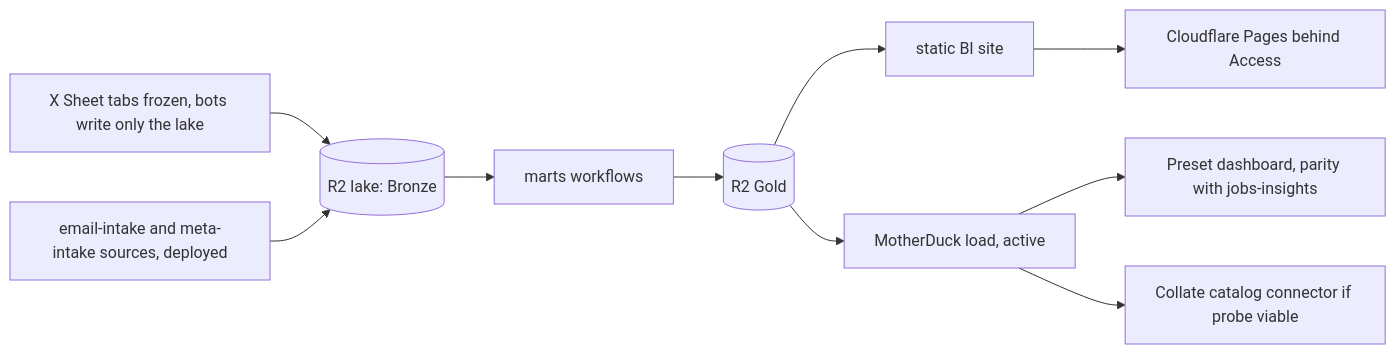
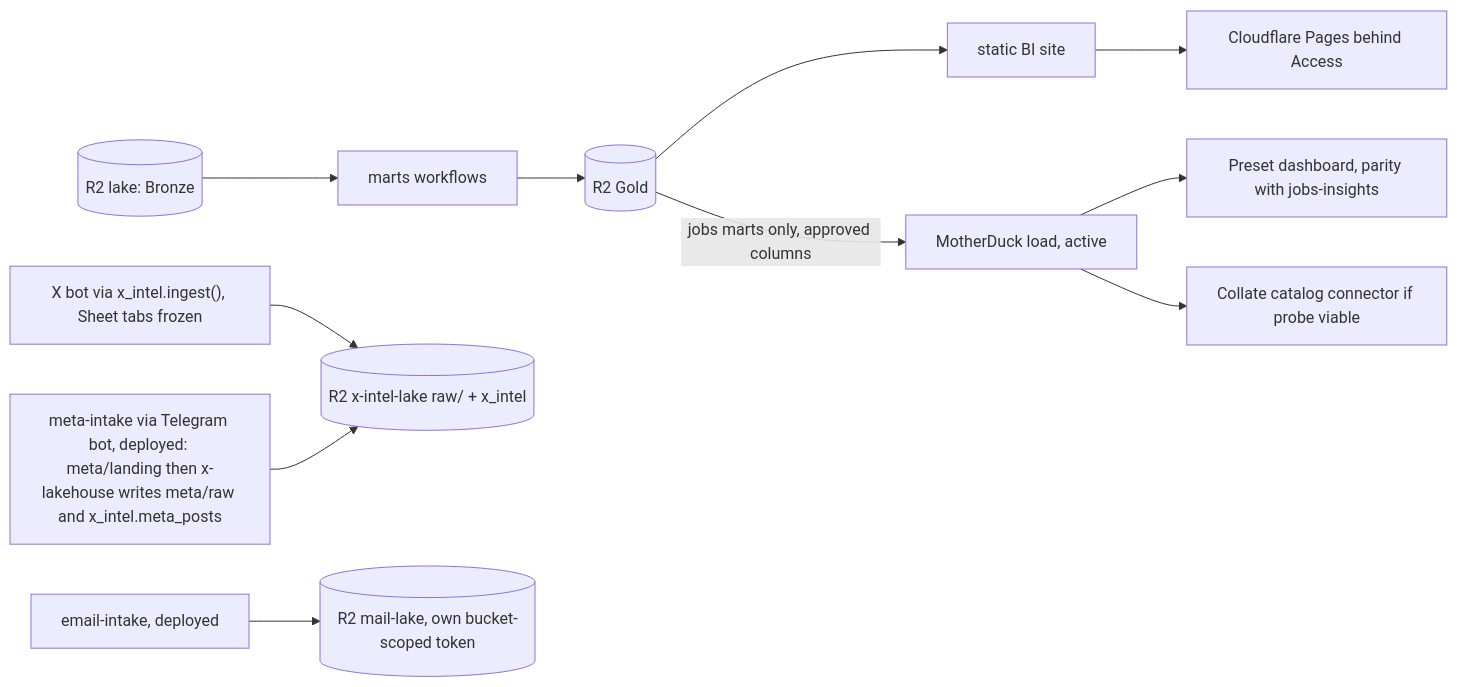
One commit to bookchaowalit/data-lake-pipelines changed the second of 2 diagrams in docs/diagrams/01-business-process.md. Above: the diagram before and after it, drawn with Mermaid. The commit also changed other lines of this file, not shown here.

````diff
--- a/docs/diagrams/01-business-process.md
+++ b/docs/diagrams/01-business-process.md
@@ -44,12 +45,13 @@
 ```mermaid
 flowchart LR
   BRONZE[("R2 lake: Bronze")] --> MARTS["marts workflows"]
   MARTS --> GOLD[("R2 Gold")]
   GOLD --> BI["static BI site"]
   BI --> PAGES["Cloudflare Pages behind Access"]
-  GOLD --> MD["MotherDuck load, active"]
+  GOLD -->|"jobs marts only, approved columns"| MD["MotherDuck load, active"]
   MD --> PRESET["Preset dashboard, parity with jobs-insights"]
   MD --> COLLATE["Collate catalog connector if probe viable"]
-  XTABS["X Sheet tabs frozen, bots write only the lake"] --> BRONZE
-  EMAIL["email-intake and meta-intake sources, deployed"] --> BRONZE
+  XBOT["X bot via x_intel.ingest(), Sheet tabs frozen"] --> XLAKE[("R2 x-intel-lake raw/ + x_intel")]
+  EMAIL["email-intake, deployed"] --> MAIL[("R2 mail-lake, own bucket-scoped token")]
+  META["meta-intake via Telegram bot, deployed: meta/landing then x-lakehouse writes meta/raw and x_intel.meta_posts"] --> XLAKE
 ```
````
